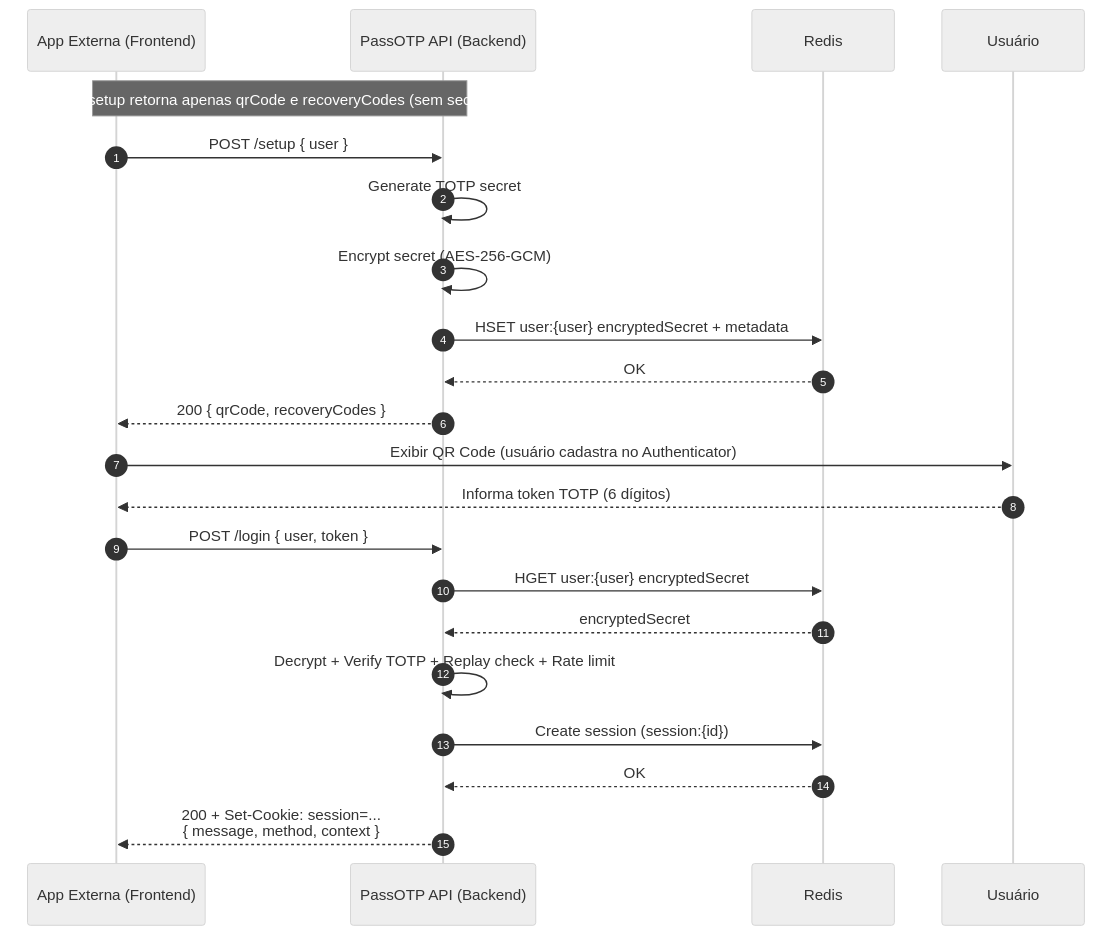
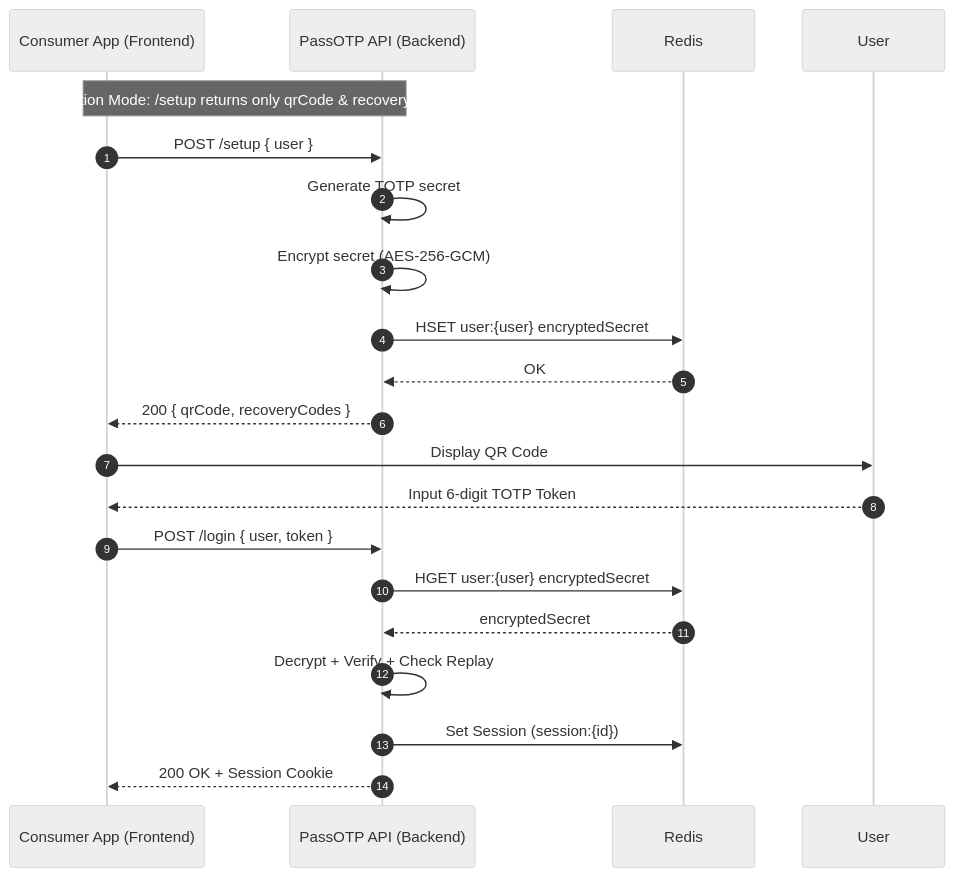
The first of 2 diagrams in README.md (tr0drigues/otp), drawn with Mermaid (neutral theme) before and after one commit. The commit also changed other lines of this file and 1 other file, not shown here.

````diff
--- a/README.md
+++ b/README.md
@@ -74,28 +76,27 @@
 ```mermaid
 sequenceDiagram
   autonumber
-  participant App as App Externa (Frontend)
+  participant App as Consumer App (Frontend)
   participant API as PassOTP API (Backend)
   participant Redis as Redis
-  participant User as Usuário
+  participant User as User
 
-  Note over App,API: Produção: /setup retorna apenas qrCode e recoveryCodes (sem secret/otpAuth)
+  Note over App,API: Production Mode: /setup returns only qrCode & recoveryCodes.
 
   App->>API: POST /setup { user }
   API->>API: Generate TOTP secret
   API->>API: Encrypt secret (AES-256-GCM)
-  API->>Redis: HSET user:{user} encryptedSecret + metadata
+  API->>Redis: HSET user:{user} encryptedSecret
   Redis-->>API: OK
   API-->>App: 200 { qrCode, recoveryCodes }
 
-  App->>User: Exibir QR Code (usuário cadastra no Authenticator)
-  User-->>App: Informa token TOTP (6 dígitos)
+  App->>User: Display QR Code
+  User-->>App: Input 6-digit TOTP Token
 
   App->>API: POST /login { user, token }
   API->>Redis: HGET user:{user} encryptedSecret
   Redis-->>API: encryptedSecret
-  API->>API: Decrypt + Verify TOTP + Replay check + Rate limit
-  API->>Redis: Create session (session:{id})
-  Redis-->>API: OK
-  API-->>App: 200 + Set-Cookie: session=...<br/>{ message, method, context }
+  API->>API: Decrypt + Verify + Check Replay
+  API->>Redis: Set Session (session:{id})
+  API-->>App: 200 OK + Session Cookie
 ```
````
